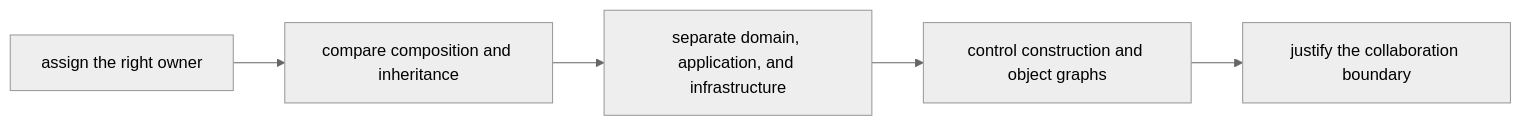
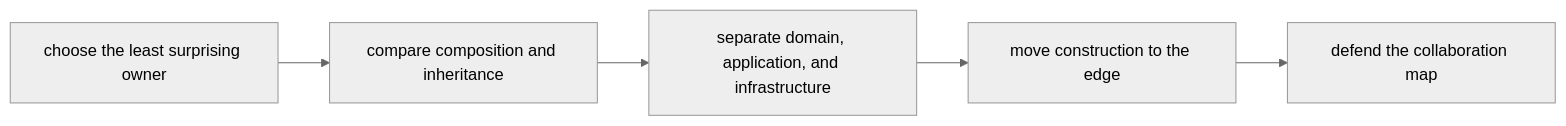
The second of 2 diagrams in programs/python-programming/python-object-oriented-programming/course-book/module-02-design-roles-interfaces-layering/exercise-answers.md (bijux/bijux-masterclass), drawn with Mermaid (neutral theme) before and after one commit. The commit also changed other lines of this file, not shown here.

Commit message:
docs(oop): teach boundary defense in module 02 answers

````diff
--- a/programs/python-programming/python-object-oriented-programming/course-book/module-02-design-roles-interfaces-layering/exercise-answers.md
+++ b/programs/python-programming/python-object-oriented-programming/course-book/module-02-design-roles-interfaces-layering/exercise-answers.md
@@ -19,7 +19,7 @@
 ```mermaid
 flowchart LR
-  role["assign the right owner"] --> shape["compare composition and inheritance"]
+  owner["choose the least surprising owner"] --> shape["compare composition and inheritance"]
   shape --> boundary["separate domain, application, and infrastructure"]
-  boundary --> assemble["control construction and object graphs"]
-  assemble --> govern["justify the collaboration boundary"]
+  boundary --> assembly["move construction to the edge"]
+  assembly --> review["defend the collaboration map"]
 ```
````
